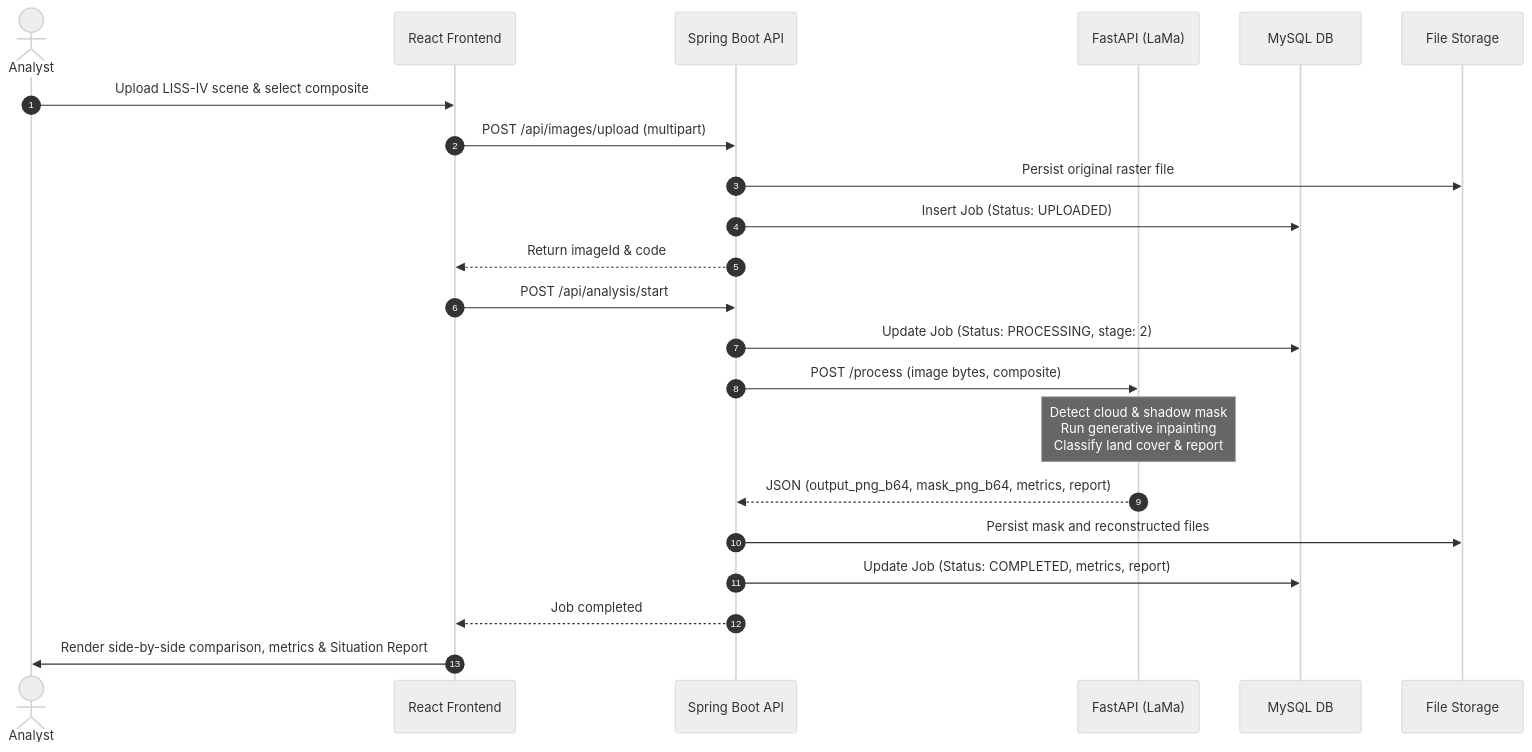
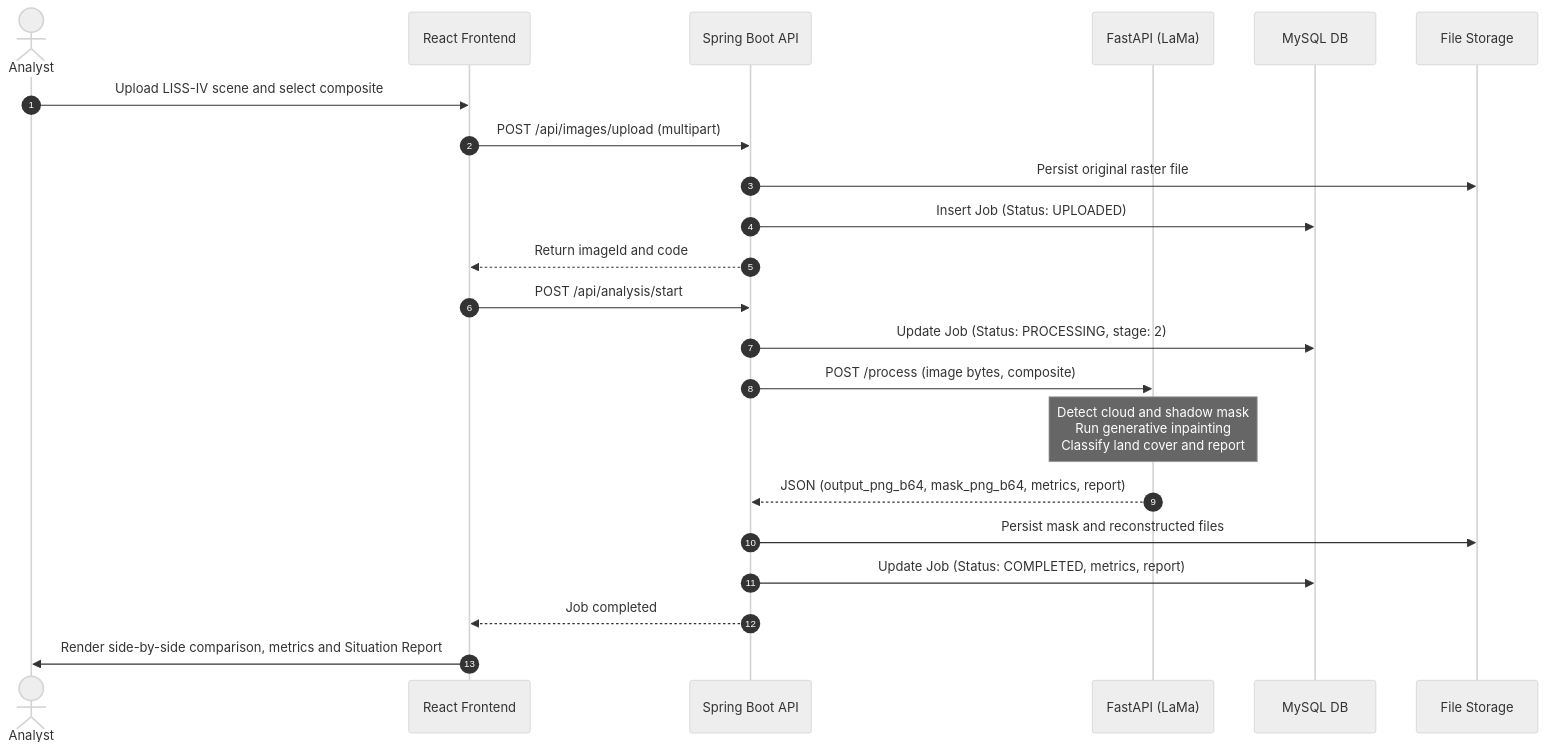
The fourth of 5 diagrams in README.md (babysuman/cloudreconai), drawn with Mermaid (neutral theme) before and after one commit. The commit also changed other lines of this file, not shown here.

Commit message:
fix(docs): resolve GitHub Mermaid svg render tree errors and update team member roster

````diff
--- a/README.md
+++ b/README.md
@@ -257,25 +230,25 @@
 ```mermaid
 sequenceDiagram
     autonumber
-    actor Analyst
+    actor Analyst as Analyst
     participant WebApp as React Frontend
     participant Server as Spring Boot API
     participant AI as FastAPI (LaMa)
     participant DB as MySQL DB
     participant Disk as File Storage
 
-    Analyst->>WebApp: Upload LISS-IV scene & select composite
+    Analyst->>WebApp: Upload LISS-IV scene and select composite
     WebApp->>Server: POST /api/images/upload (multipart)
     Server->>Disk: Persist original raster file
     Server->>DB: Insert Job (Status: UPLOADED)
-    Server-->>WebApp: Return imageId & code
+    Server-->>WebApp: Return imageId and code
     WebApp->>Server: POST /api/analysis/start
     Server->>DB: Update Job (Status: PROCESSING, stage: 2)
     Server->>AI: POST /process (image bytes, composite)
-    Note over AI: Detect cloud & shadow mask<br/>Run generative inpainting<br/>Classify land cover & report
+    Note over AI: Detect cloud and shadow mask<br/>Run generative inpainting<br/>Classify land cover and report
     AI-->>Server: JSON (output_png_b64, mask_png_b64, metrics, report)
     Server->>Disk: Persist mask and reconstructed files
     Server->>DB: Update Job (Status: COMPLETED, metrics, report)
     Server-->>WebApp: Job completed
-    WebApp->>Analyst: Render side-by-side comparison, metrics & Situation Report
+    WebApp->>Analyst: Render side-by-side comparison, metrics and Situation Report
 ```
````
